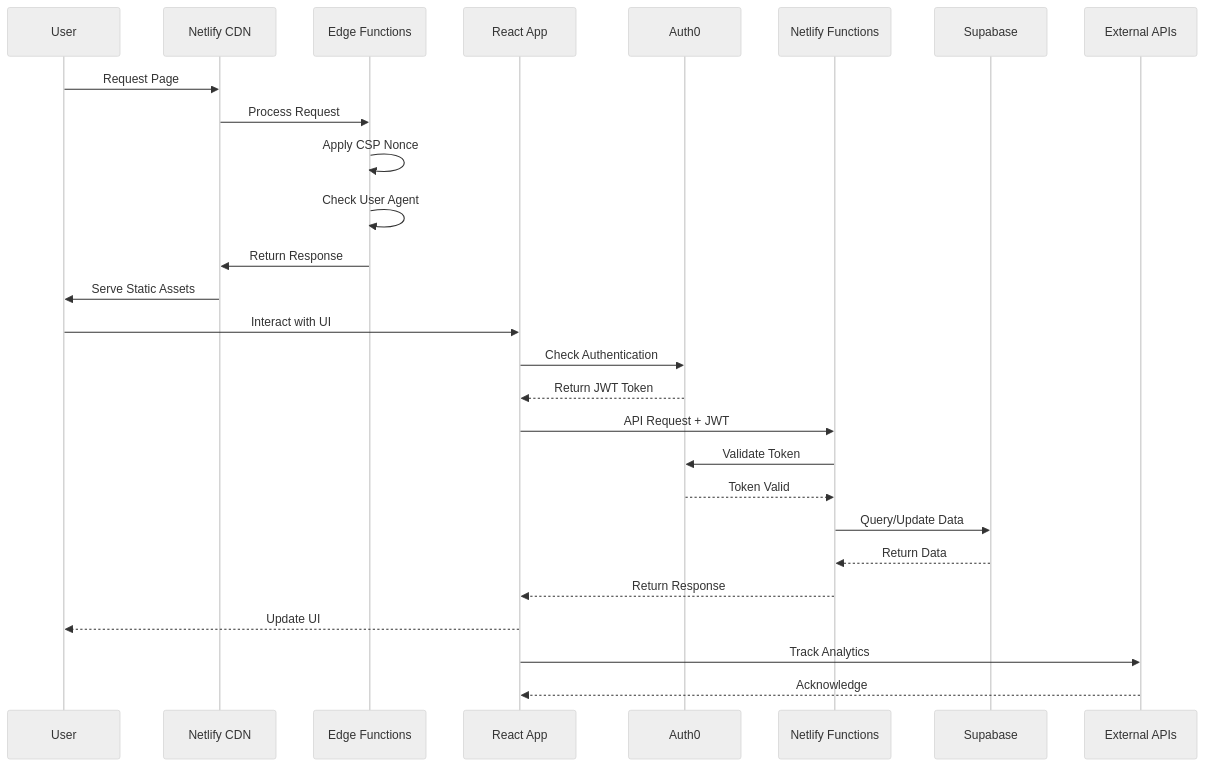
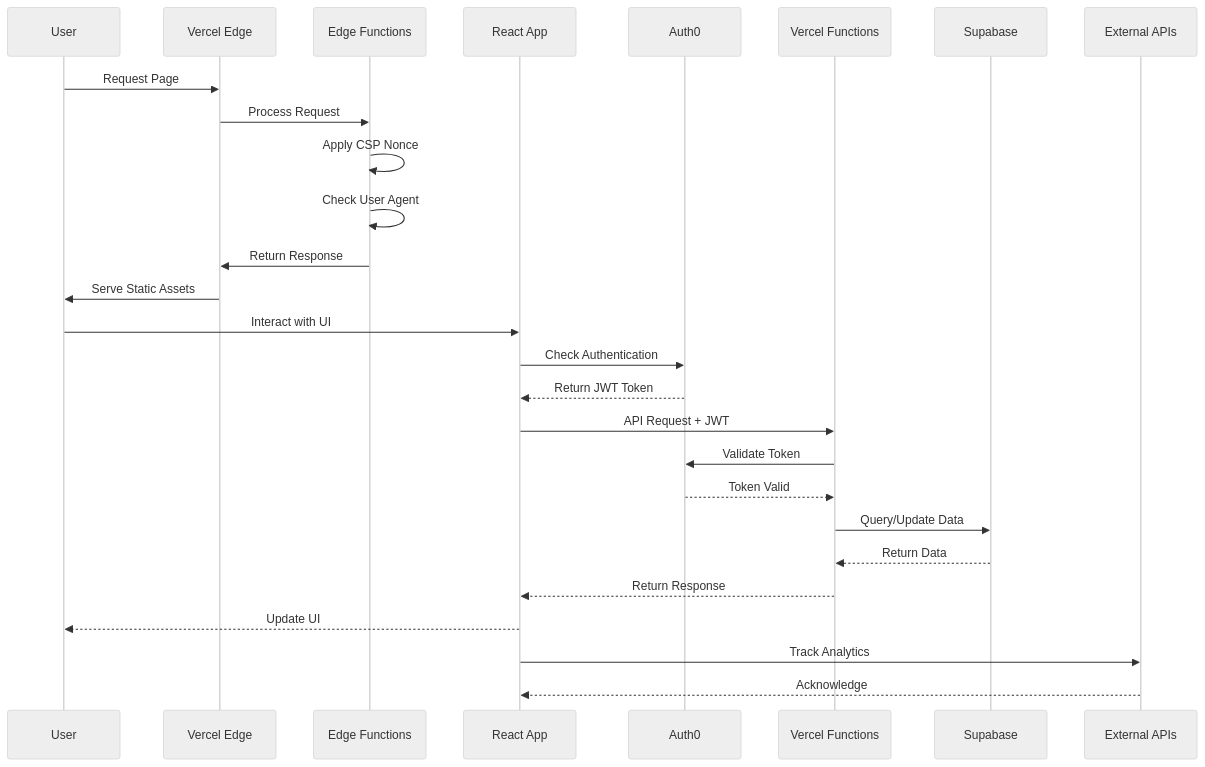
Before and after one commit to dobeutech/dobeunet-vercel: the second of 19 diagrams in docs/SYSTEM_ARCHITECTURE.md, drawn with Mermaid (neutral theme). The commit also changed other lines of this file and 5 other files, not shown here.

First line of the commit message:
docs: bulk netlify -> vercel sweep across runbooks

````diff
--- a/docs/SYSTEM_ARCHITECTURE.md
+++ b/docs/SYSTEM_ARCHITECTURE.md
@@ -107,33 +107,33 @@
 ```mermaid
 sequenceDiagram
     participant User
-    participant CDN as Netlify CDN
+    participant CDN as Vercel Edge
     participant Edge as Edge Functions
     participant App as React App
     participant Auth as Auth0
-    participant Fn as Netlify Functions
+    participant Fn as Vercel Functions
     participant DB as Supabase
     participant Ext as External APIs
 
     User->>CDN: Request Page
     CDN->>Edge: Process Request
     Edge->>Edge: Apply CSP Nonce
     Edge->>Edge: Check User Agent
     Edge->>CDN: Return Response
     CDN->>User: Serve Static Assets
 
     User->>App: Interact with UI
     App->>Auth: Check Authentication
     Auth-->>App: Return JWT Token
 
     App->>Fn: API Request + JWT
     Fn->>Auth: Validate Token
     Auth-->>Fn: Token Valid
     Fn->>DB: Query/Update Data
     DB-->>Fn: Return Data
     Fn-->>App: Return Response
     App-->>User: Update UI
 
     App->>Ext: Track Analytics
     Ext-->>App: Acknowledge
 ```
````
